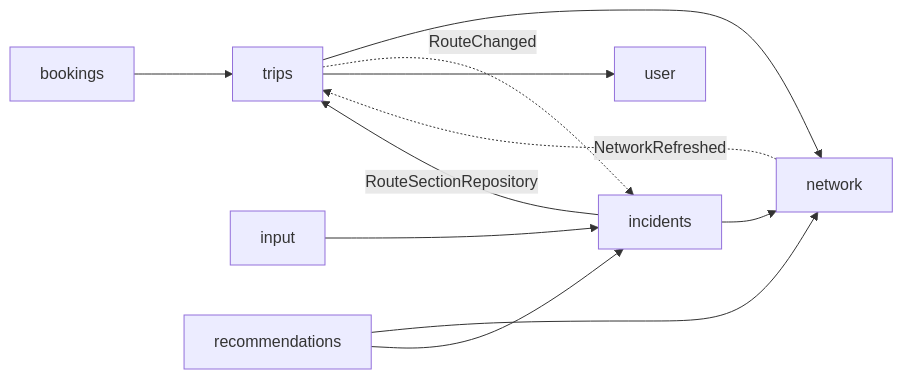
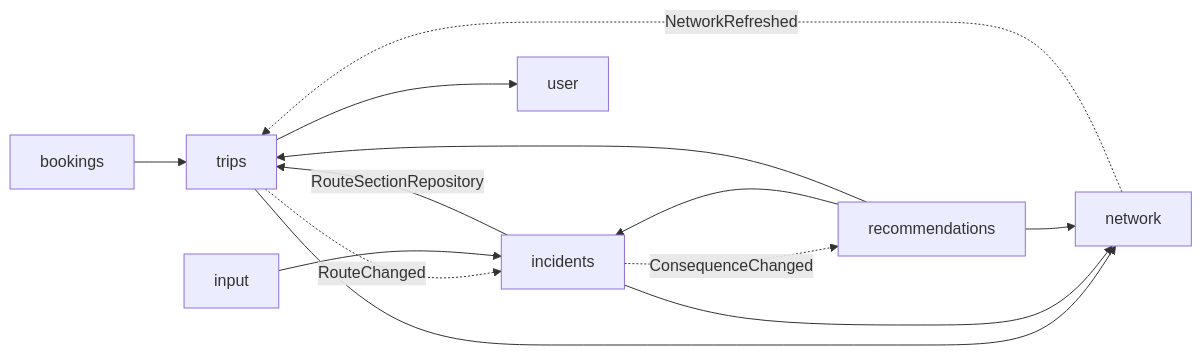
The second of 2 diagrams in Docs/architecture.md (kehrbros/nofrustrationvacation), drawn with Mermaid before and after one commit. The commit also changed other lines of this file and 4 other files, not shown here.

````diff
--- a/Docs/architecture.md
+++ b/Docs/architecture.md
@@ -57,13 +57,15 @@
 ```mermaid
 flowchart LR
     trips --> network
     bookings --> trips
     incidents --> network
     incidents -->|RouteSectionRepository| trips
     trips -.->|RouteChanged| incidents
     input --> incidents
     trips --> user
     recommendations --> network
     recommendations --> incidents
+    recommendations --> trips
+    incidents -.->|ConsequenceChanged| recommendations
     network -.->|NetworkRefreshed| trips
 ```
````
